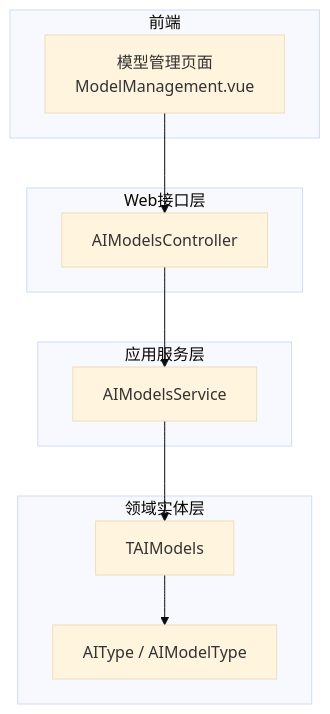
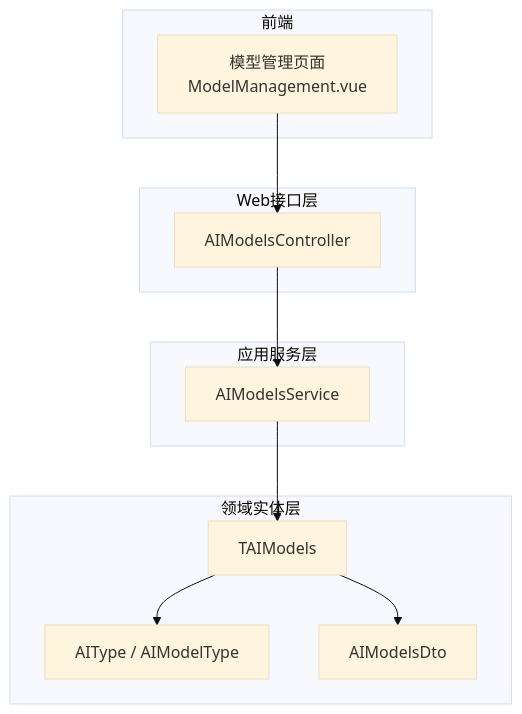
One commit to junkai-li/NetCoreKevin changed the first of 7 diagrams in .qoder/repowiki/zh/content/AI智能体/模型管理.md. Above: the diagram before and after it, drawn with Mermaid (base theme). The commit also changed other lines of this file and 41 other files, not shown here.

````diff
--- a/.qoder/repowiki/zh/content/AI智能体/模型管理.md
+++ b/.qoder/repowiki/zh/content/AI智能体/模型管理.md
@@ -34,20 +45,22 @@
 ```mermaid
 graph TB
 subgraph "前端"
 MM["模型管理页面<br/>ModelManagement.vue"]
 end
 subgraph "Web接口层"
 Ctl["AIModelsController"]
 end
 subgraph "应用服务层"
 Svc["AIModelsService"]
 end
 subgraph "领域实体层"
 Ent["TAIModels"]
 Enum["AIType / AIModelType"]
+DTO["AIModelsDto"]
 end
 MM --> Ctl
 Ctl --> Svc
 Svc --> Ent
 Ent --> Enum
+Ent --> DTO
 ```
````
